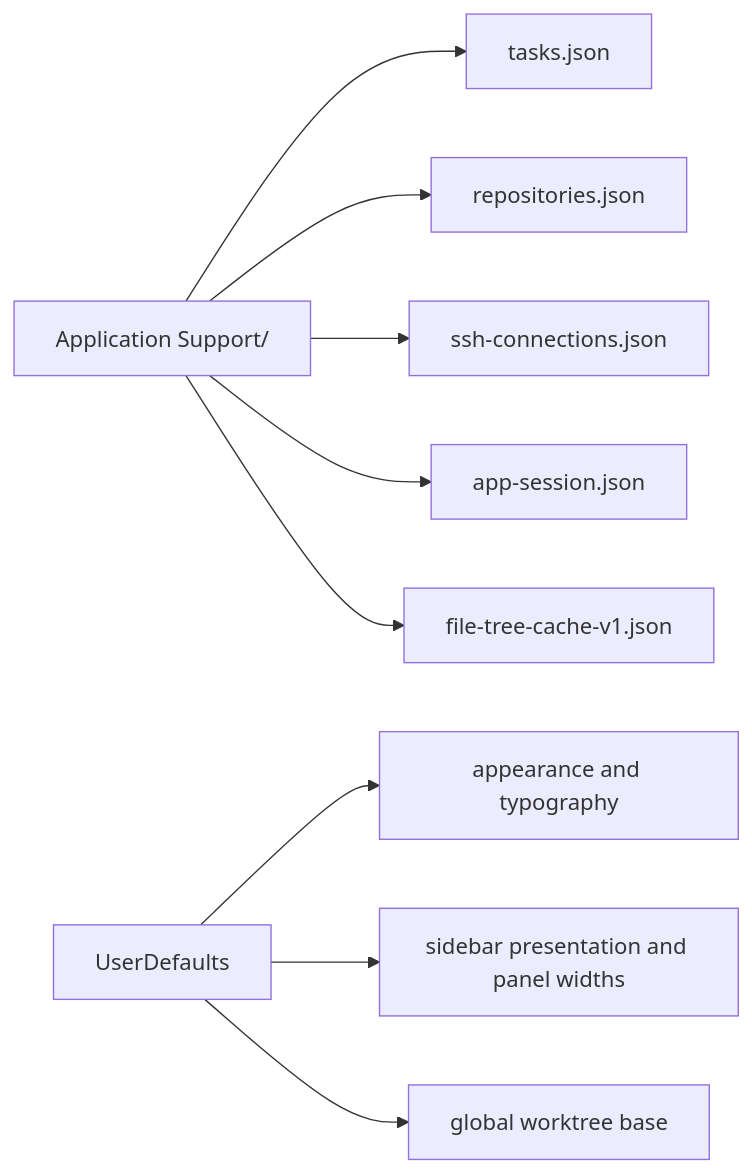
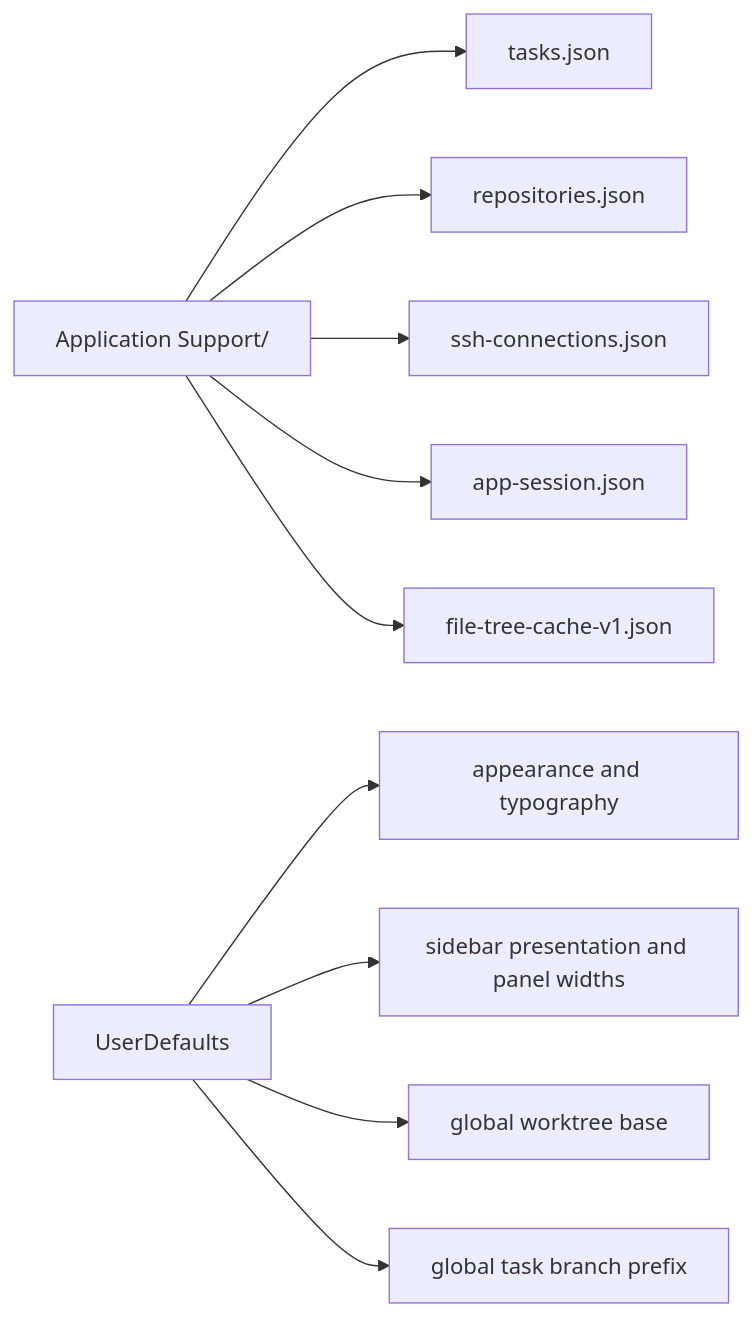
Before and after one commit to gh0stonio/pinata: the third of 5 diagrams in docs/application-architecture.md, drawn with Mermaid. The commit also changed other lines of this file and 16 other files, not shown here.

````diff
--- a/docs/application-architecture.md
+++ b/docs/application-architecture.md
@@ -108,11 +108,12 @@
 ```mermaid
 flowchart LR
     AppSupport[Application Support/<bundle-id>] --> Tasks[tasks.json]
     AppSupport --> Repos[repositories.json]
     AppSupport --> Connections[ssh-connections.json]
     AppSupport --> Session[app-session.json]
     AppSupport --> FileTree[file-tree-cache-v1.json]
     Defaults[UserDefaults] --> Appearance[appearance and typography]
     Defaults --> Panels[sidebar presentation and panel widths]
     Defaults --> WorktreeDefault[global worktree base]
+    Defaults --> BranchPrefix[global task branch prefix]
 ```
````
